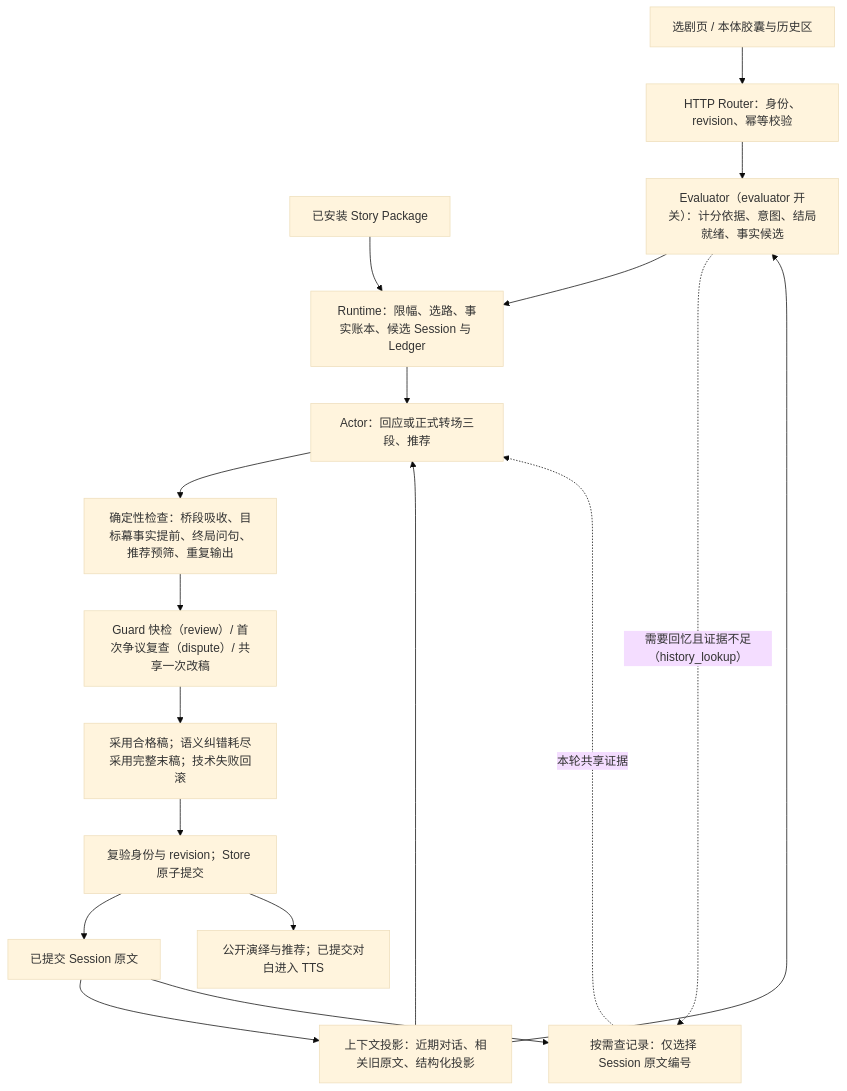
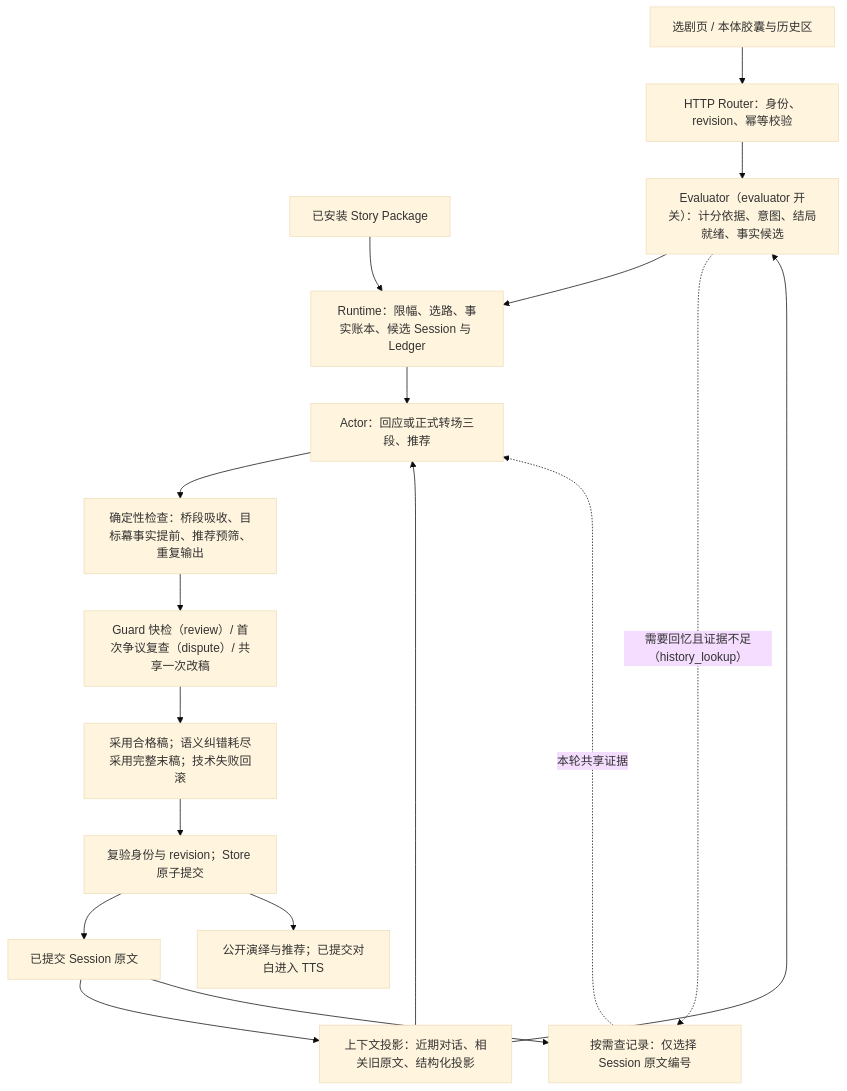
The first of 3 diagrams in docs/design/neko-theater-architecture.md (Krabbypattyl/N.E.K.O), drawn with Mermaid (base theme) before and after one commit. The commit also changed other lines of this file and 20 other files, not shown here.

````diff
--- a/docs/design/neko-theater-architecture.md
+++ b/docs/design/neko-theater-architecture.md
@@ -18,20 +18,20 @@
 ```mermaid
 flowchart TD
     UI["选剧页 / 本体胶囊与历史区"] --> API["HTTP Router：身份、revision、幂等校验"]
     Package["已安装 Story Package"] --> Runtime["Runtime：限幅、选路、事实账本、候选 Session 与 Ledger"]
     API --> Eval["Evaluator（evaluator 开关）：计分依据、意图、结局就绪、事实候选"]
     Session["已提交 Session 原文"] --> Context["上下文投影：近期对话、相关旧原文、结构化投影"]
     Context --> Eval
     Eval --> Runtime
     Eval -. "需要回忆且证据不足（history_lookup）" .-> Lookup["按需查记录：仅选择 Session 原文编号"]
     Session --> Lookup
     Runtime --> Actor["Actor：回应或正式转场三段、推荐"]
     Context --> Actor
     Lookup -. "本轮共享证据" .-> Actor
-    Actor --> Checks["确定性检查：桥段吸收、目标幕事实提前、终局问句、推荐预筛、重复输出"]
+    Actor --> Checks["确定性检查：桥段吸收、目标幕事实提前、推荐预筛、重复输出"]
     Checks --> Review["Guard 快检（review）/ 首次争议复查（dispute）/ 共享一次改稿"]
     Review --> Adopt["采用合格稿；语义纠错耗尽采用完整末稿；技术失败回滚"]
     Adopt --> Commit["复验身份与 revision；Store 原子提交"]
     Commit --> Session
     Commit --> Display["公开演绎与推荐；已提交对白进入 TTS"]
 ```
````
